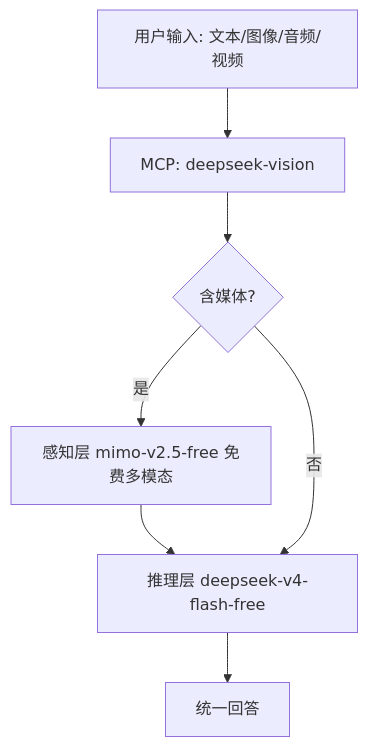
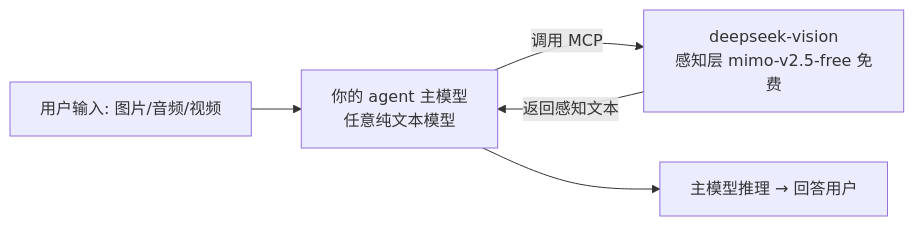
One commit to Sunlianwang/deepseek-vision changed the diagram in README.md. Above: the diagram before and after it, drawn with Mermaid. The commit also changed other lines of this file and 15 other files, not shown here.

Commit message:
refactor: MCP 改为纯感知（眼睛）——推理由 agent 客户端主模型完成，移除推理层与 deepseek_think

````diff
--- a/README.md
+++ b/README.md
@@ -34,9 +10,7 @@
 ```mermaid
-flowchart TD
-    A[用户输入: 文本/图像/音频/视频] --> B[MCP: deepseek-vision]
-    B --> C{含媒体?}
-    C -->|是| D[感知层 mimo-v2.5-free 免费多模态]
-    D --> E[推理层 deepseek-v4-flash-free]
-    C -->|否| E
-    E --> F[统一回答]
+flowchart LR
+    A[用户输入: 图片/音频/视频] --> B[你的 agent 主模型<br/>任意纯文本模型]
+    B -->|调用 MCP| C[deepseek-vision<br/>感知层 mimo-v2.5-free 免费]
+    C -->|返回感知文本| B
+    B --> D[主模型推理 → 回答用户]
 ```
````
